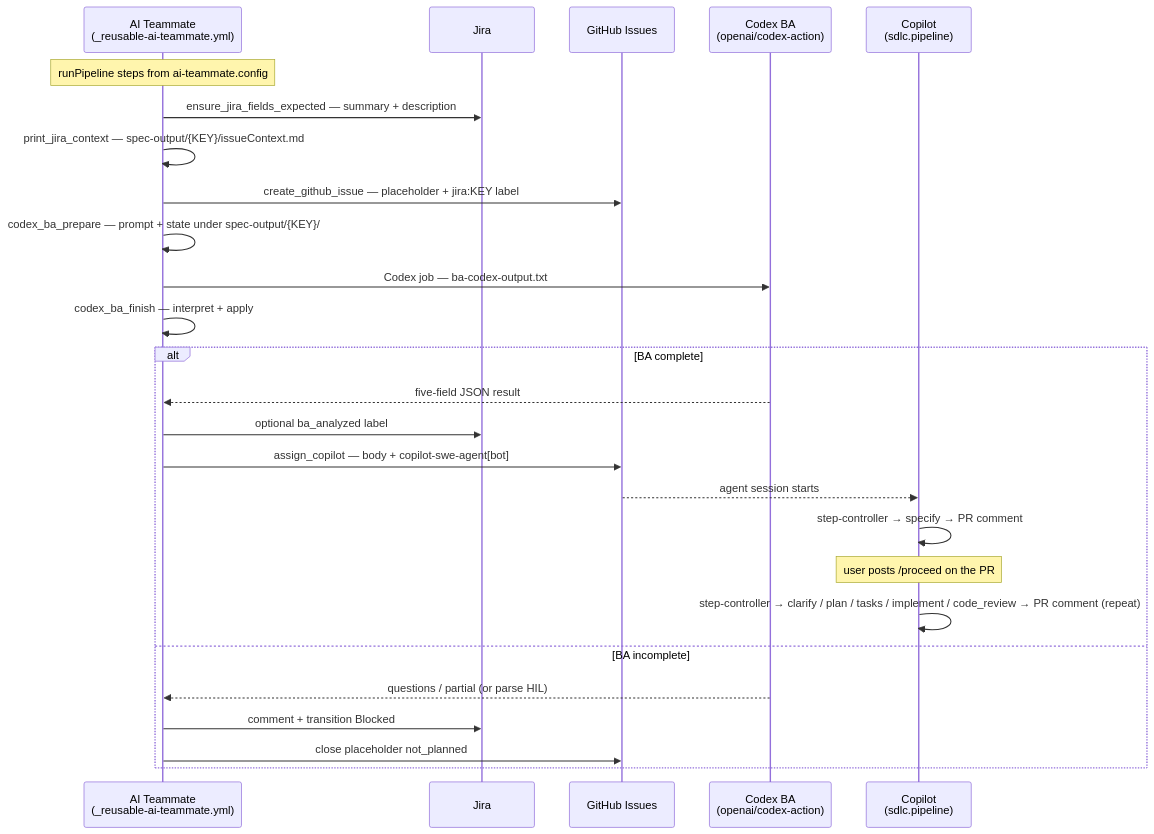
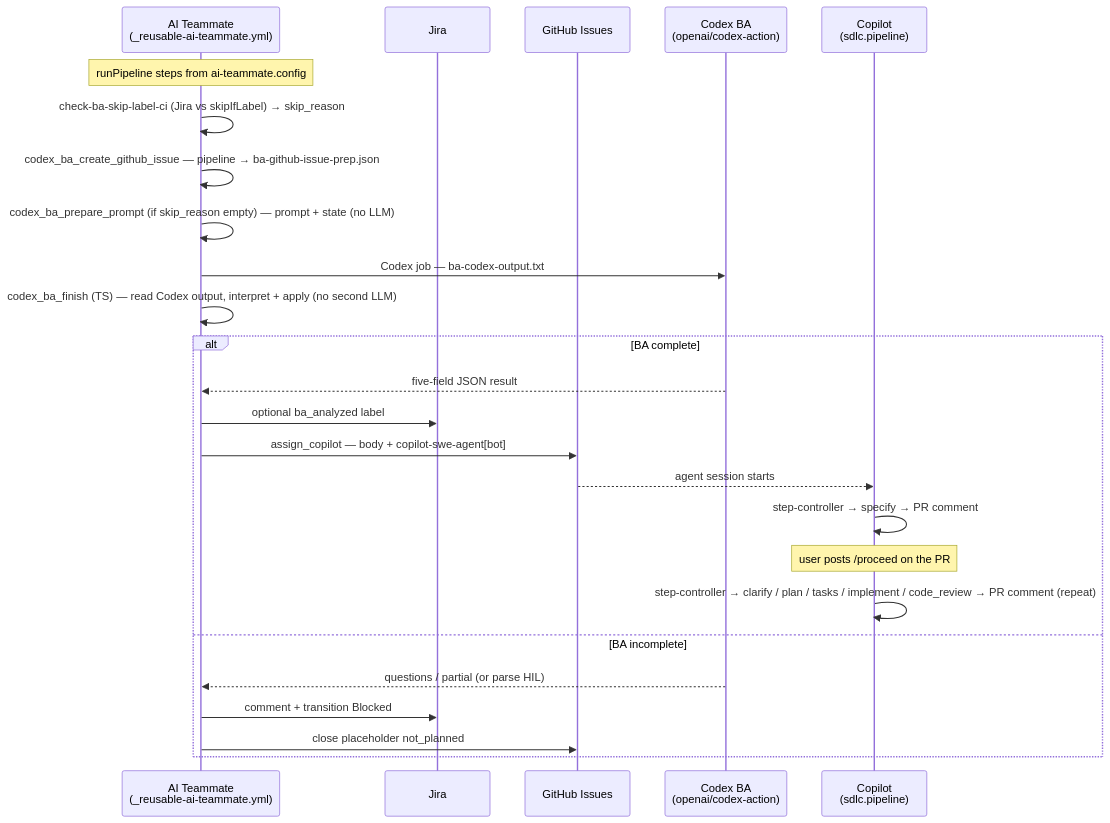
Before and after one commit to DmitryLukyanov/SDLCAgents: the first of 3 diagrams in README.md, drawn with Mermaid. The commit also changed other lines of this file and 17 other files, not shown here.

````diff
--- a/README.md
+++ b/README.md
@@ -103,30 +118,29 @@
 ```mermaid
 sequenceDiagram
     participant AT as AI Teammate<br/>(_reusable-ai-teammate.yml)
     participant J as Jira
     participant GH as GitHub Issues
     participant CX as Codex BA<br/>(openai/codex-action)
     participant COP as Copilot<br/>(sdlc.pipeline)
 
     Note over AT: runPipeline steps from ai-teammate.config
 
-    AT->>J: ensure_jira_fields_expected — summary + description
-    AT->>AT: print_jira_context — spec-output/{KEY}/issueContext.md
-    AT->>GH: create_github_issue — placeholder + jira:KEY label
-    AT->>AT: codex_ba_prepare — prompt + state under spec-output/{KEY}/
+    AT->>AT: check-ba-skip-label-ci (Jira vs skipIfLabel) → skip_reason
+    AT->>AT: codex_ba_create_github_issue — pipeline → ba-github-issue-prep.json
+    AT->>AT: codex_ba_prepare_prompt (if skip_reason empty) — prompt + state (no LLM)
     AT->>CX: Codex job — ba-codex-output.txt
-    AT->>AT: codex_ba_finish — interpret + apply
+    AT->>AT: codex_ba_finish (TS) — read Codex output, interpret + apply (no second LLM)
     alt BA complete
         CX-->>AT: five-field JSON result
         AT->>J: optional ba_analyzed label
         AT->>GH: assign_copilot — body + copilot-swe-agent[bot]
         GH-->>COP: agent session starts
         COP->>COP: step-controller → specify → PR comment
         Note over COP: user posts /proceed on the PR
         COP->>COP: step-controller → clarify / plan / tasks / implement / code_review → PR comment (repeat)
     else BA incomplete
         CX-->>AT: questions / partial (or parse HIL)
         AT->>J: comment + transition Blocked
         AT->>GH: close placeholder not_planned
     end
 ```
````
